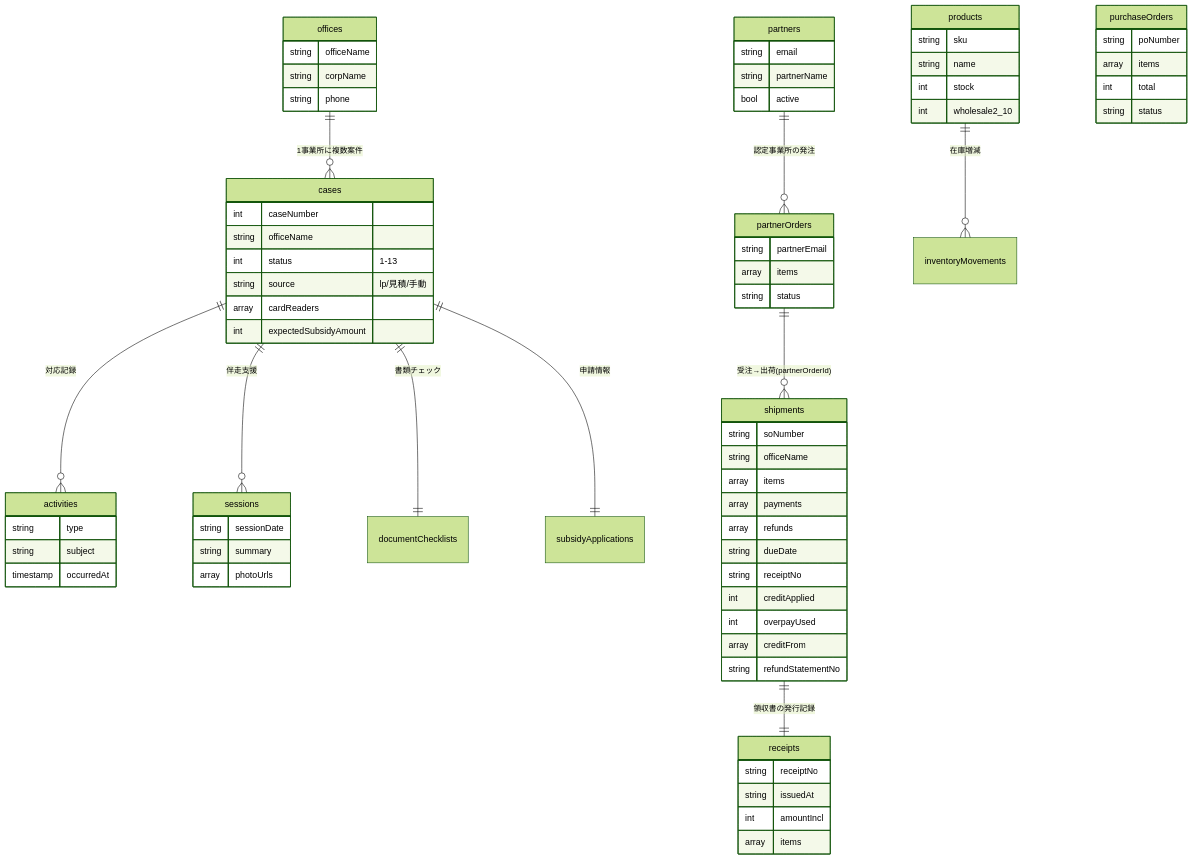
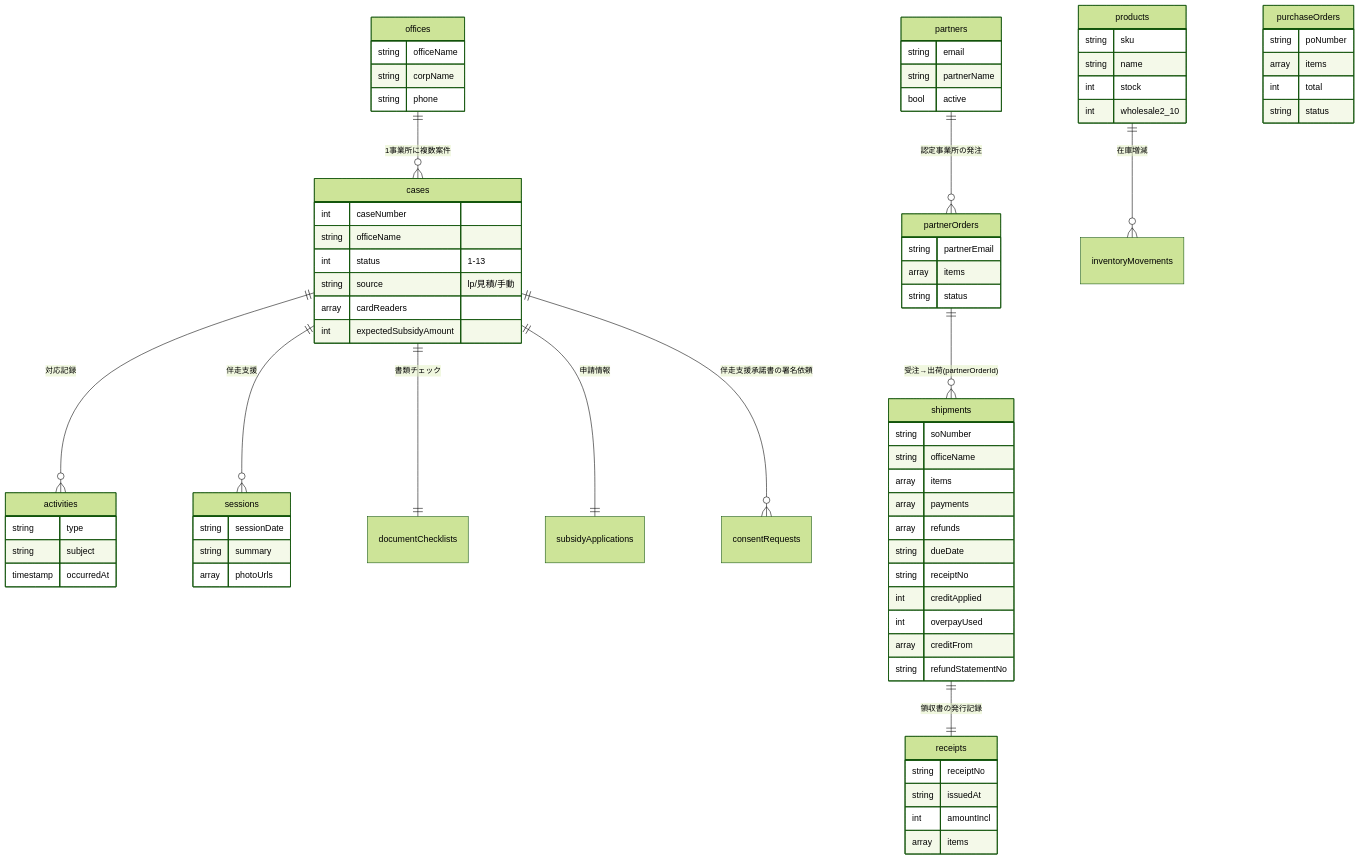
One commit to npo-tadakayo/kjk-tadakayo changed the fifth of 6 diagrams in ENGINEERING_NOTES.md. Above: the diagram before and after it, drawn with Mermaid (forest theme). The commit also changed other lines of this file and 3 other files, not shown here.

````diff
--- a/ENGINEERING_NOTES.md
+++ b/ENGINEERING_NOTES.md
@@ -340,29 +340,30 @@
 ```mermaid
 erDiagram
   offices ||--o{ cases : "1事業所に複数案件"
   cases ||--o{ activities : "対応記録"
   cases ||--o{ sessions : "伴走支援"
   cases ||--|| documentChecklists : "書類チェック"
   cases ||--|| subsidyApplications : "申請情報"
   partners ||--o{ partnerOrders : "認定事業所の発注"
   products ||--o{ inventoryMovements : "在庫増減"
   partnerOrders ||--o{ shipments : "受注→出荷(partnerOrderId)"
   shipments ||--|| receipts : "領収書の発行記録"
+  cases ||--o{ consentRequests : "伴走支援承諾書の署名依頼"
   cases {
     int caseNumber
     string officeName
     int status "1-13"
     string source "lp/見積/手動"
     array cardReaders
     int expectedSubsidyAmount
   }
   offices { string officeName string corpName string phone }
   activities { string type string subject timestamp occurredAt }
   sessions { string sessionDate string summary array photoUrls }
   products { string sku string name int stock int wholesale2_10 }
   purchaseOrders { string poNumber array items int total string status }
   shipments { string soNumber string officeName array items array payments array refunds string dueDate string receiptNo int creditApplied int overpayUsed array creditFrom string refundStatementNo }
   partners { string email string partnerName bool active }
   partnerOrders { string partnerEmail array items string status }
   receipts { string receiptNo string issuedAt int amountIncl array items }
 ```
````
